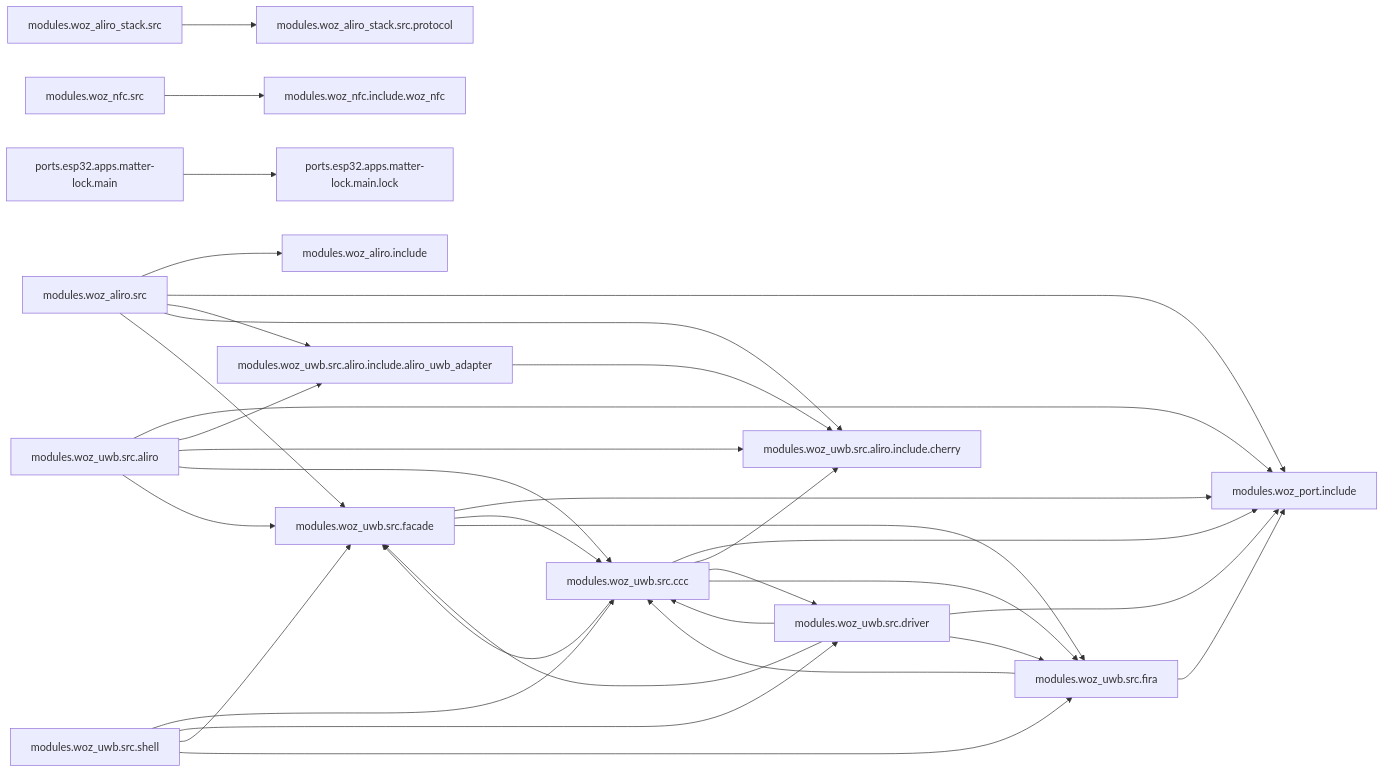
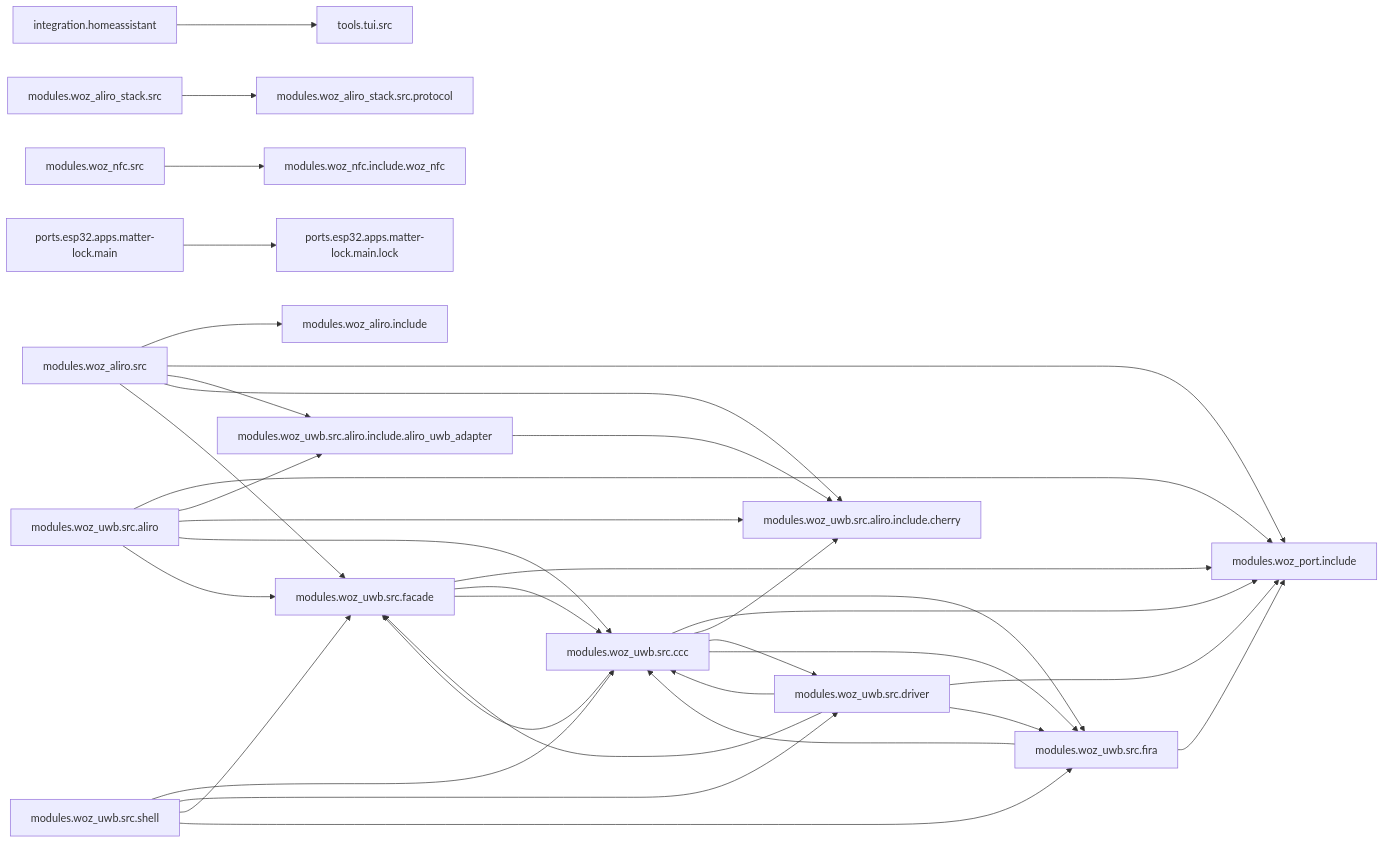
The diagram in docs/ARCHITECTURE.md (jonathan-shc/UWB), drawn with Mermaid before and after one commit. The commit also changed other lines of this file and 19 other files, not shown here.

First line of the commit message:
docs: regenerate the architecture pages

````diff
--- a/docs/ARCHITECTURE.md
+++ b/docs/ARCHITECTURE.md
@@ -6,35 +6,36 @@
 ```mermaid
 flowchart LR
+  integration.homeassistant --> tools.tui.src
   modules.woz_aliro.src --> modules.woz_aliro.include
   modules.woz_aliro.src --> modules.woz_port.include
   modules.woz_aliro.src --> modules.woz_uwb.src.aliro.include.aliro_uwb_adapter
   modules.woz_aliro.src --> modules.woz_uwb.src.aliro.include.cherry
   modules.woz_aliro.src --> modules.woz_uwb.src.facade
   modules.woz_aliro_stack.src --> modules.woz_aliro_stack.src.protocol
   modules.woz_nfc.src --> modules.woz_nfc.include.woz_nfc
   modules.woz_uwb.src.aliro --> modules.woz_port.include
   modules.woz_uwb.src.aliro --> modules.woz_uwb.src.aliro.include.aliro_uwb_adapter
   modules.woz_uwb.src.aliro --> modules.woz_uwb.src.aliro.include.cherry
   modules.woz_uwb.src.aliro --> modules.woz_uwb.src.ccc
   modules.woz_uwb.src.aliro --> modules.woz_uwb.src.facade
   modules.woz_uwb.src.aliro.include.aliro_uwb_adapter --> modules.woz_uwb.src.aliro.include.cherry
   modules.woz_uwb.src.ccc --> modules.woz_port.include
   modules.woz_uwb.src.ccc --> modules.woz_uwb.src.aliro.include.cherry
   modules.woz_uwb.src.ccc --> modules.woz_uwb.src.driver
   modules.woz_uwb.src.ccc --> modules.woz_uwb.src.facade
   modules.woz_uwb.src.ccc --> modules.woz_uwb.src.fira
   modules.woz_uwb.src.driver --> modules.woz_port.include
   modules.woz_uwb.src.driver --> modules.woz_uwb.src.ccc
   modules.woz_uwb.src.driver --> modules.woz_uwb.src.facade
   modules.woz_uwb.src.driver --> modules.woz_uwb.src.fira
   modules.woz_uwb.src.facade --> modules.woz_port.include
   modules.woz_uwb.src.facade --> modules.woz_uwb.src.ccc
   modules.woz_uwb.src.facade --> modules.woz_uwb.src.fira
   modules.woz_uwb.src.fira --> modules.woz_port.include
   modules.woz_uwb.src.fira --> modules.woz_uwb.src.ccc
   modules.woz_uwb.src.shell --> modules.woz_uwb.src.ccc
   modules.woz_uwb.src.shell --> modules.woz_uwb.src.driver
   modules.woz_uwb.src.shell --> modules.woz_uwb.src.facade
   modules.woz_uwb.src.shell --> modules.woz_uwb.src.fira
   ports.esp32.apps.matter-lock.main --> ports.esp32.apps.matter-lock.main.lock
 ```
````
